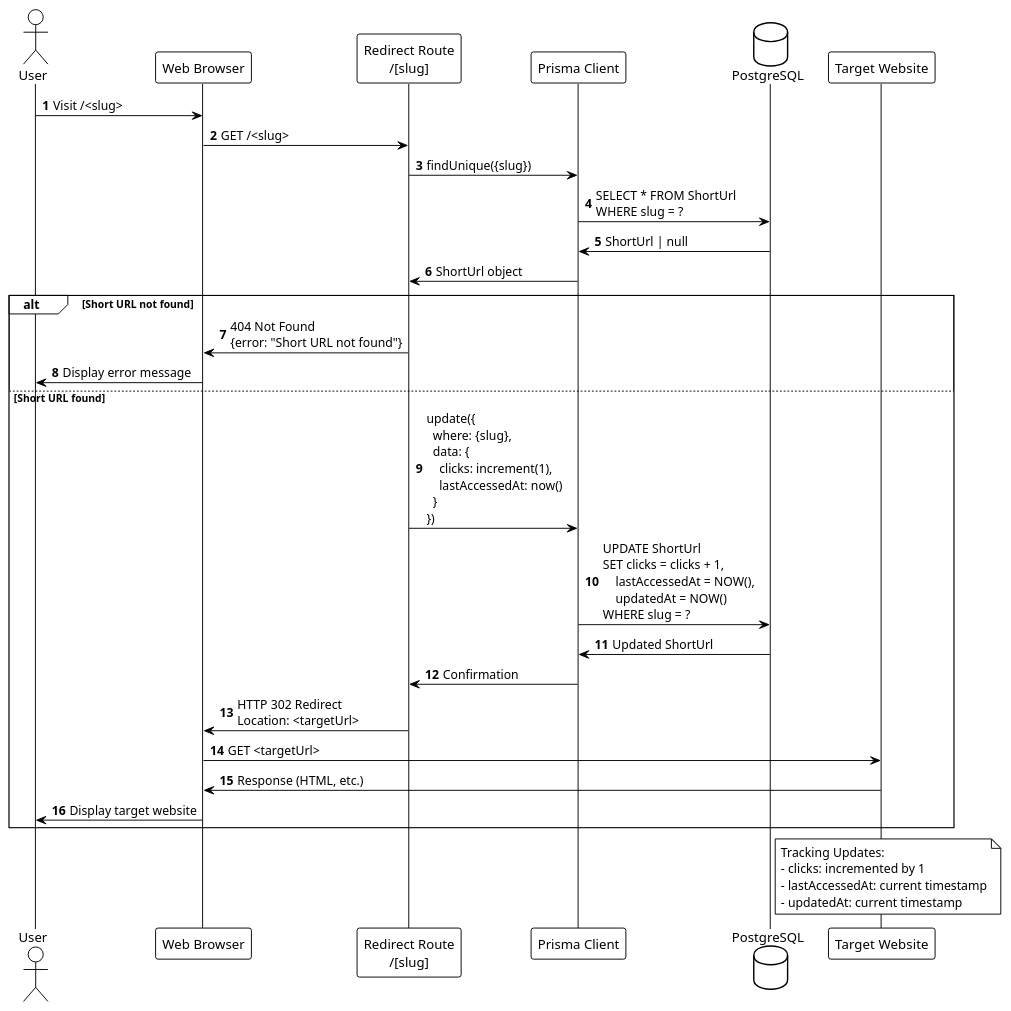
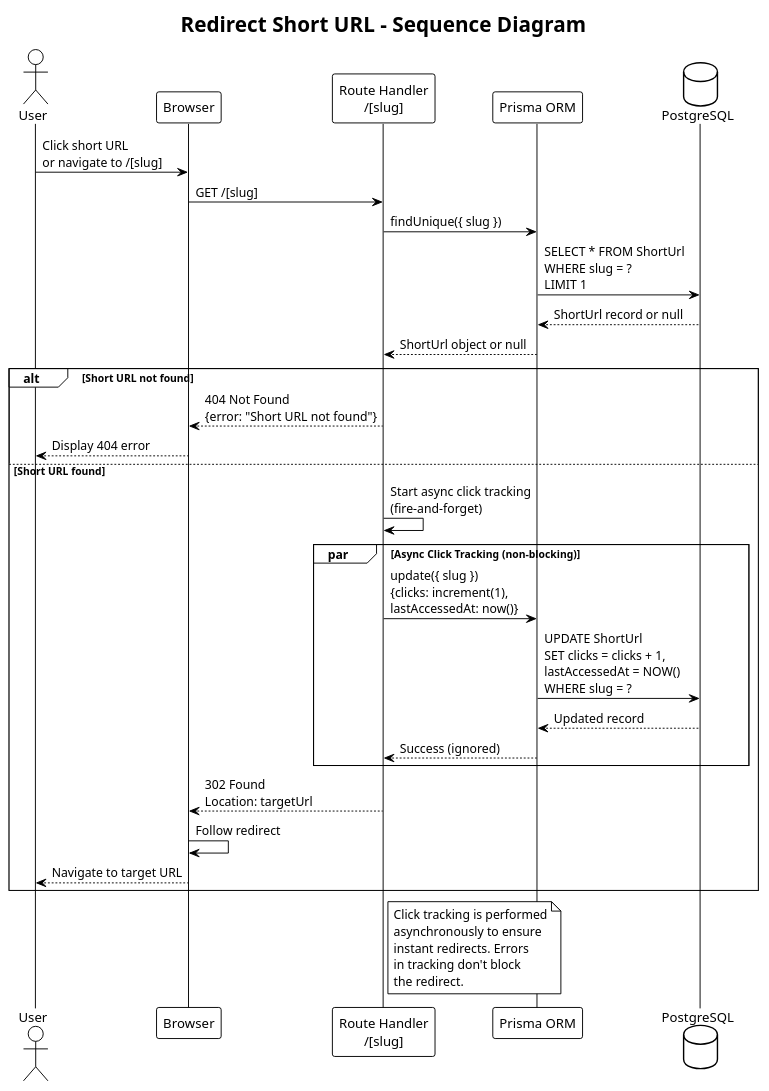
The diagram in diagrams/url-shortener/redirect-sequence.puml (nicholasohjj/url-shortener), drawn with PlantUML before and after one commit. The commit also changed 12 other files, not shown here.

```diff
--- a/diagrams/url-shortener/redirect-sequence.puml
+++ b/diagrams/url-shortener/redirect-sequence.puml
@@ -1,43 +1,47 @@
-@startuml URL Shortener - Redirect & Click Tracking Sequence
+@startuml URL Shortener - Redirect Sequence
 
 !theme plain
-autonumber
+
+title Redirect Short URL - Sequence Diagram
 
 actor User
-participant "Web Browser" as Browser
-participant "Redirect Route\n/[slug]" as Redirect
-participant "Prisma Client" as Prisma
+participant "Browser" as Browser
+participant "Route Handler\n/[slug]" as Handler
+participant "Prisma ORM" as Prisma
 database "PostgreSQL" as DB
-participant "Target Website" as Target
 
-User -> Browser: Visit /<slug>
-Browser -> Redirect: GET /<slug>
+User -> Browser: Click short URL\nor navigate to /[slug]
+Browser -> Handler: GET /[slug]
 
-Redirect -> Prisma: findUnique({slug})
-Prisma -> DB: SELECT * FROM ShortUrl\nWHERE slug = ?
-DB -> Prisma: ShortUrl | null
-Prisma -> Redirect: ShortUrl object
+Handler -> Prisma: findUnique({ slug })
+Prisma -> DB: SELECT * FROM ShortUrl\nWHERE slug = ?\nLIMIT 1
+DB --> Prisma: ShortUrl record or null
+Prisma --> Handler: ShortUrl object or null
 
 alt Short URL not found
-  Redirect -> Browser: 404 Not Found\n{error: "Short URL not found"}
-  Browser -> User: Display error message
+    Handler --> Browser: 404 Not Found\n{error: "Short URL not found"}
+    Browser --> User: Display 404 error
 else Short URL found
-  Redirect -> Prisma: update({\n  where: {slug},\n  data: {\n    clicks: increment(1),\n    lastAccessedAt: now()\n  }\n})
-  Prisma -> DB: UPDATE ShortUrl\nSET clicks = clicks + 1,\n    lastAccessedAt = NOW(),\n    updatedAt = NOW()\nWHERE slug = ?
-  DB -> Prisma: Updated ShortUrl
-  Prisma -> Redirect: Confirmation
-  
-  Redirect -> Browser: HTTP 302 Redirect\nLocation: <targetUrl>
-  Browser -> Target: GET <targetUrl>
-  Target -> Browser: Response (HTML, etc.)
-  Browser -> User: Display target website
+    Handler -> Handler: Start async click tracking\n(fire-and-forget)
+    
+    par Async Click Tracking (non-blocking)
+        Handler -> Prisma: update({ slug })\n{clicks: increment(1),\nlastAccessedAt: now()}
+        Prisma -> DB: UPDATE ShortUrl\nSET clicks = clicks + 1,\nlastAccessedAt = NOW()\nWHERE slug = ?
+        DB --> Prisma: Updated record
+        Prisma --> Handler: Success (ignored)
+    end
+    
+    Handler --> Browser: 302 Found\nLocation: targetUrl
+    Browser -> Browser: Follow redirect
+    Browser --> User: Navigate to target URL
 end
 
-note right of DB
-  Tracking Updates:
-  - clicks: incremented by 1
-  - lastAccessedAt: current timestamp
-  - updatedAt: current timestamp
+note right of Handler
+  Click tracking is performed
+  asynchronously to ensure
+  instant redirects. Errors
+  in tracking don't block
+  the redirect.
 end note
 
 @enduml
```
